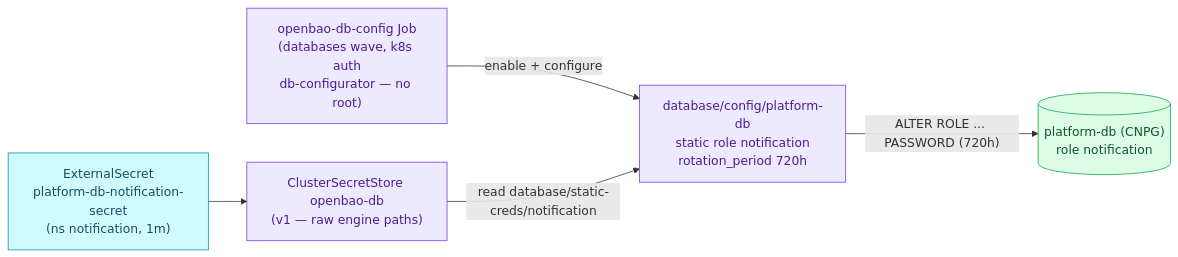
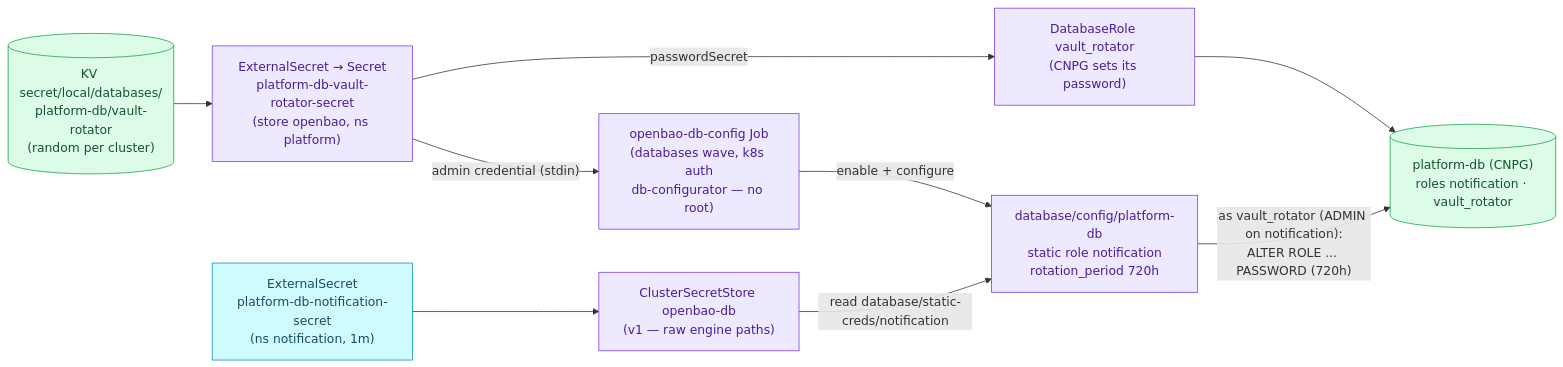
One commit to duynhlab/homelab changed the eighth of 19 diagrams in docs/secrets/openbao.md. Above: the diagram before and after it, drawn with Mermaid. The commit also changed other lines of this file and 30 other files, not shown here.

First line of the commit message:
Draw the PostgreSQL logo on every CNPG cluster (#1226)

````diff
--- a/docs/secrets/openbao.md
+++ b/docs/secrets/openbao.md
@@ -476,17 +476,24 @@
 ```mermaid
 flowchart LR
+    kv[("KV secret/local/databases/<br/>platform-db/vault-rotator<br/>(random per cluster)")]:::data
+    adm["ExternalSecret → Secret<br/>platform-db-vault-rotator-secret<br/>(store openbao, ns platform)"]:::platform
+    dbrole["DatabaseRole vault_rotator<br/>(CNPG sets its password)"]:::platform
     job["openbao-db-config Job<br/>(databases wave, k8s auth<br/>db-configurator — no root)"]:::platform
     eng["database/config/platform-db<br/>static role notification<br/>rotation_period 720h"]:::platform
-    pg[("platform-db (CNPG)<br/>role notification")]:::data
+    pg[("platform-db (CNPG)<br/>roles notification · vault_rotator")]:::data
     store["ClusterSecretStore openbao-db<br/>(v1 — raw engine paths)"]:::platform
     es["ExternalSecret<br/>platform-db-notification-secret<br/>(ns notification, 1m)"]:::service
 
+    kv --> adm
+    adm -->|"passwordSecret"| dbrole
+    dbrole --> pg
+    adm -->|"admin credential (stdin)"| job
     job -->|"enable + configure"| eng
-    eng -->|"ALTER ROLE ... PASSWORD (720h)"| pg
+    eng -->|"as vault_rotator (ADMIN on notification):<br/>ALTER ROLE ... PASSWORD (720h)"| pg
     store -->|"read database/static-creds/notification"| eng
     es --> store
 
     classDef service fill:#cffafe,color:#164e63,stroke:#0891b2;
     classDef platform fill:#ede9fe,color:#4c1d95,stroke:#7c3aed;
     classDef data fill:#dcfce7,color:#14532d,stroke:#16a34a;
 ```
````
